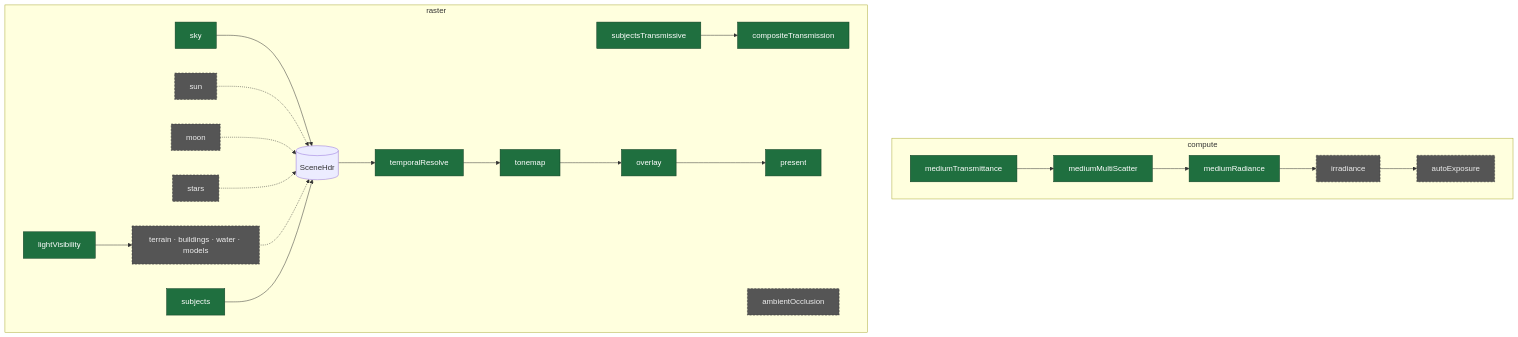
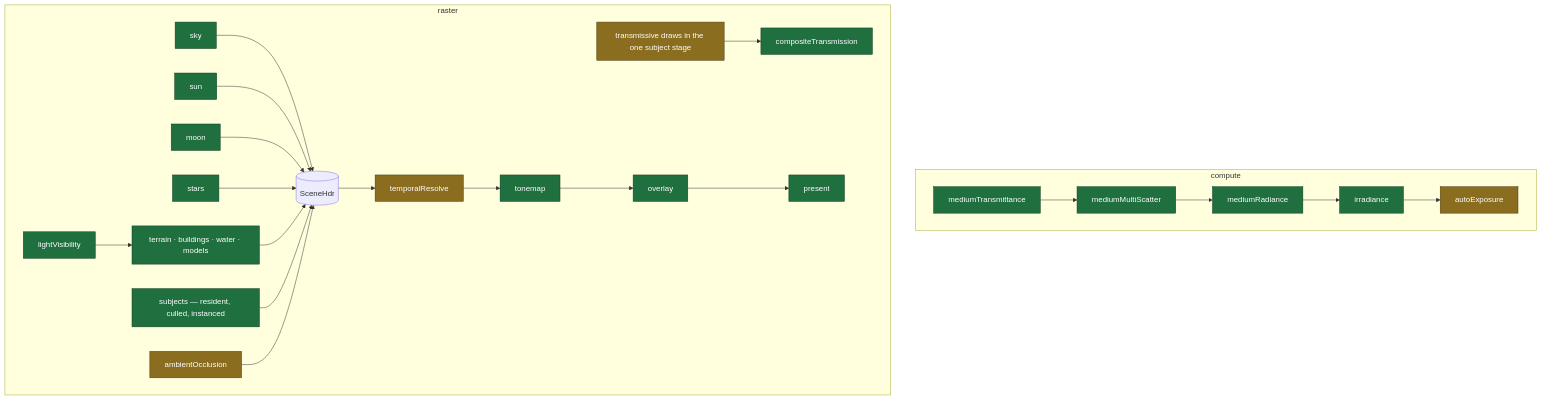
One commit to Weichwolf/outshine changed the fifth of 11 diagrams in CLAUDE.md. Above: the diagram before and after it, drawn with Mermaid. The commit also changed other lines of this file, not shown here.

Commit message:
CLAUDE.md: the render plan is two diagrams -- IST judged as architecture, SOLL as the declared target

````diff
--- a/CLAUDE.md
+++ b/CLAUDE.md
@@ -96,22 +126,22 @@
 ```mermaid
 flowchart TD
   subgraph compute
-    T["mediumTransmittance"] --> M["mediumMultiScatter"] --> R["mediumRadiance"]
-    R --> IR["irradiance"] --> AE["autoExposure"]
+    T2["mediumTransmittance"] --> M2["mediumMultiScatter"] --> R2["mediumRadiance"]
+    R2 --> IR["irradiance"] --> AE["autoExposure"]
   end
   subgraph raster
-    LV["lightVisibility"] --> GEO
-    SKY["sky"] --> HDR[("SceneHdr")]
-    SUN["sun"] & MOON["moon"] & STARS["stars"] -.-> HDR
-    GEO["terrain · buildings · water · models"] -.-> HDR
-    SUBJ["subjects"] --> HDR
-    GLASS["subjectsTransmissive"] --> CT["compositeTransmission"]
-    AO["ambientOcclusion"]
-    HDR --> TAA["temporalResolve"] --> TONE["tonemap"] --> OV["overlay"] --> P["present"]
+    LV2["lightVisibility"] --> GEO
+    SKY2["sky"] --> HDR2[("SceneHdr")]
+    SUN["sun"] & MOON["moon"] & STARS["stars"] --> HDR2
+    GEO["terrain · buildings · water · models"] --> HDR2
+    SUBJ2["subjects — resident, culled, instanced"] --> HDR2
+    GLASS2["transmissive draws in the one subject stage"] --> CT2["compositeTransmission"]
+    AO["ambientOcclusion"] --> HDR2
+    HDR2 --> TAA2["temporalResolve"] --> TONE2["tonemap"] --> OV2["overlay"] --> P2["present"]
   end
 
-  classDef built fill:#1f6f3f,stroke:#0d3b21,color:#fff
-  classDef absent fill:#555,stroke:#333,color:#eee,stroke-dasharray:4 3
-  class T,M,R,SKY,LV,SUBJ,GLASS,CT,TAA,TONE,OV,P built
-  class IR,AE,SUN,MOON,STARS,GEO,AO absent
+  classDef sure fill:#1f6f3f,stroke:#0d3b21,color:#fff
+  classDef likely fill:#8a6d1f,stroke:#4a3a0d,color:#fff
+  class T2,M2,R2,LV2,SKY2,SUBJ2,CT2,TONE2,OV2,P2,GEO,SUN,MOON,STARS,IR sure
+  class AE,AO,TAA2,GLASS2 likely
 ```
````
